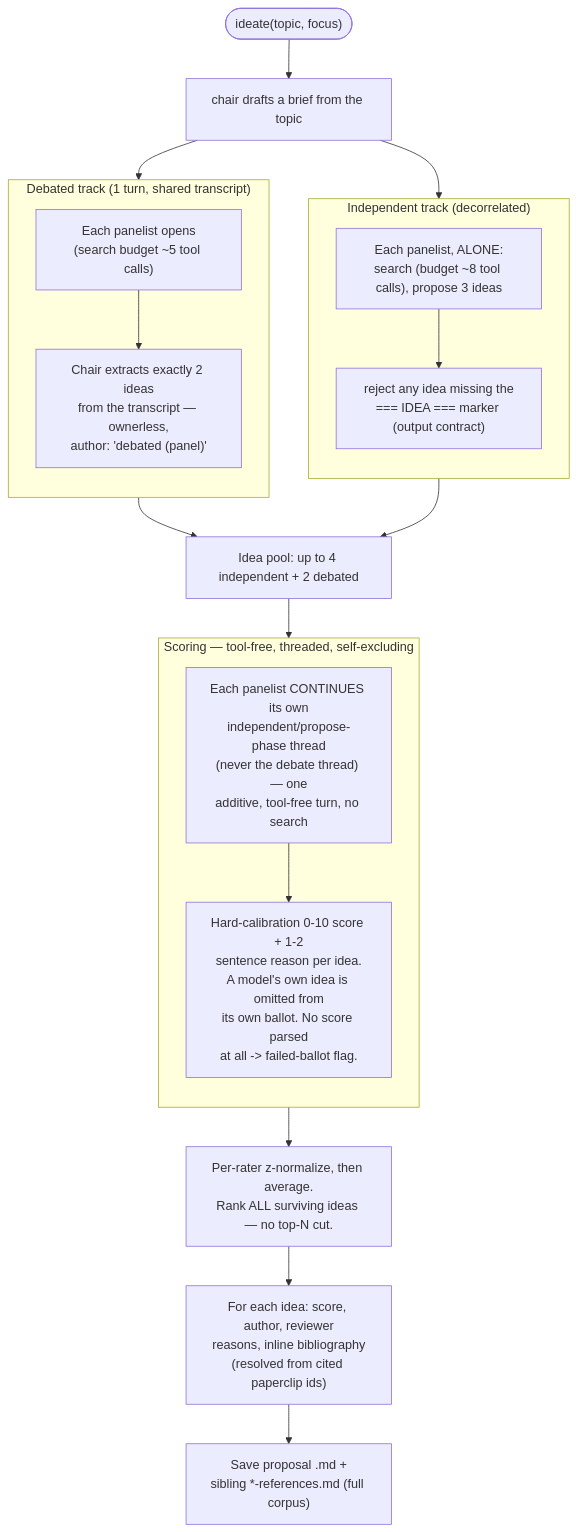
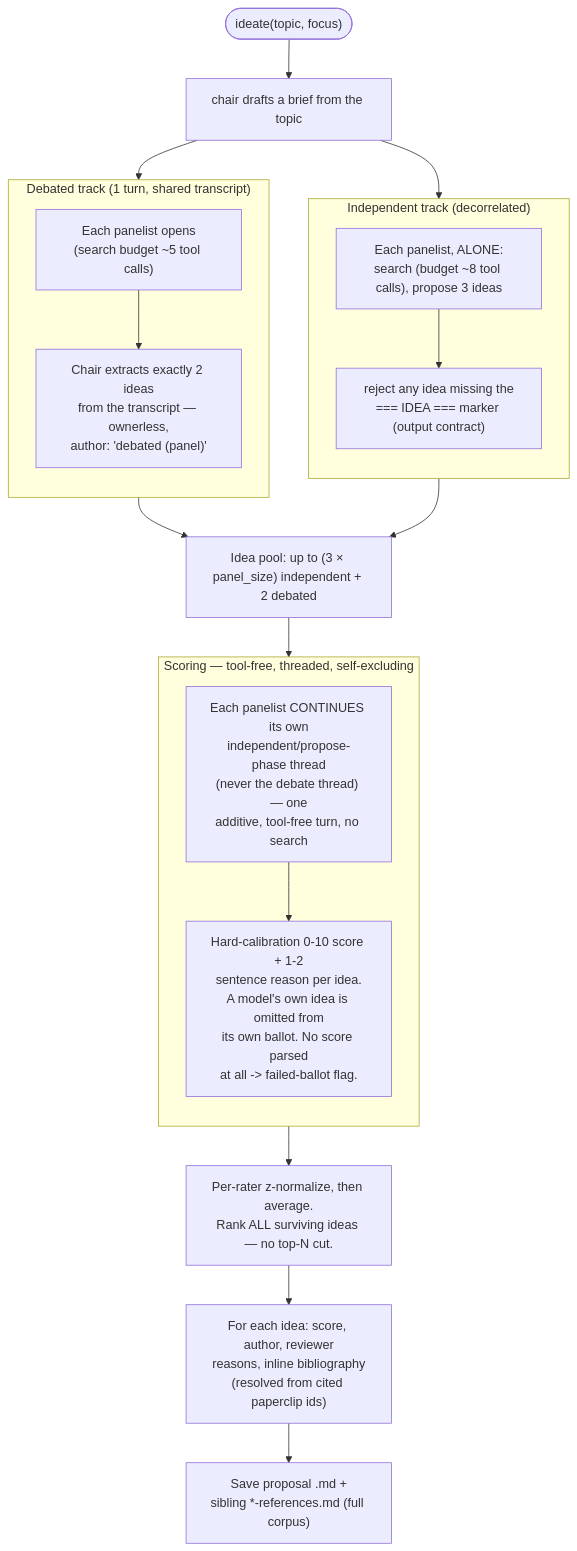
The diagram in docs/consortium.md (makhanov-nu/research_agent), drawn with Mermaid before and after one commit. The commit also changed other lines of this file and 1 other file, not shown here.

````diff
--- a/docs/consortium.md
+++ b/docs/consortium.md
@@ -16,34 +16,34 @@
 ```mermaid
 flowchart TD
     START(["ideate(topic, focus)"]) --> BRIEF["chair drafts a brief from the topic"]
 
     BRIEF --> PROPOSE
     BRIEF --> DEBATE
 
     subgraph PROPOSE["Independent track (decorrelated)"]
         direction TB
         P["Each panelist, ALONE:\nsearch (budget ~8 tool calls), propose 3 ideas"]
         P --> PC["reject any idea missing the\n=== IDEA === marker (output contract)"]
     end
 
     subgraph DEBATE["Debated track (1 turn, shared transcript)"]
         direction TB
         D["Each panelist opens\n(search budget ~5 tool calls)"]
         D --> DEXTRACT["Chair extracts exactly 2 ideas\nfrom the transcript — ownerless,\nauthor: 'debated (panel)'"]
     end
 
-    PC --> POOL["Idea pool: up to 4 independent + 2 debated"]
+    PC --> POOL["Idea pool: up to (3 × panel_size) independent + 2 debated"]
     DEXTRACT --> POOL
 
     POOL --> SCORE
 
     subgraph SCORE["Scoring — tool-free, threaded, self-excluding"]
         direction TB
         S["Each panelist CONTINUES its own\nindependent/propose-phase thread\n(never the debate thread) — one\nadditive, tool-free turn, no search"]
         S --> R["Hard-calibration 0-10 score + 1-2\nsentence reason per idea.\nA model's own idea is omitted from\nits own ballot. No score parsed\nat all -> failed-ballot flag."]
     end
 
     R --> RANK["Per-rater z-normalize, then average.\nRank ALL surviving ideas — no top-N cut."]
     RANK --> DOC["For each idea: score, author, reviewer\nreasons, inline bibliography\n(resolved from cited paperclip ids)"]
     DOC --> SAVE["Save proposal .md +\nsibling *-references.md (full corpus)"]
 ```
````
